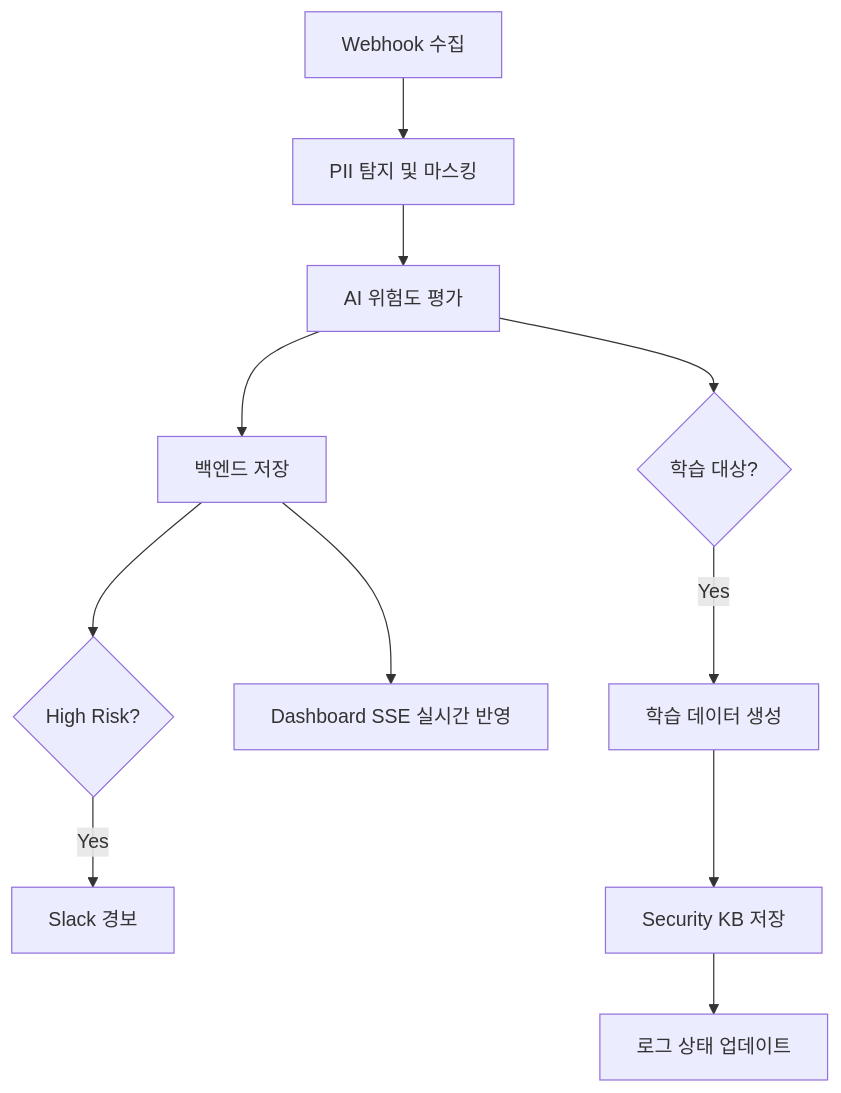
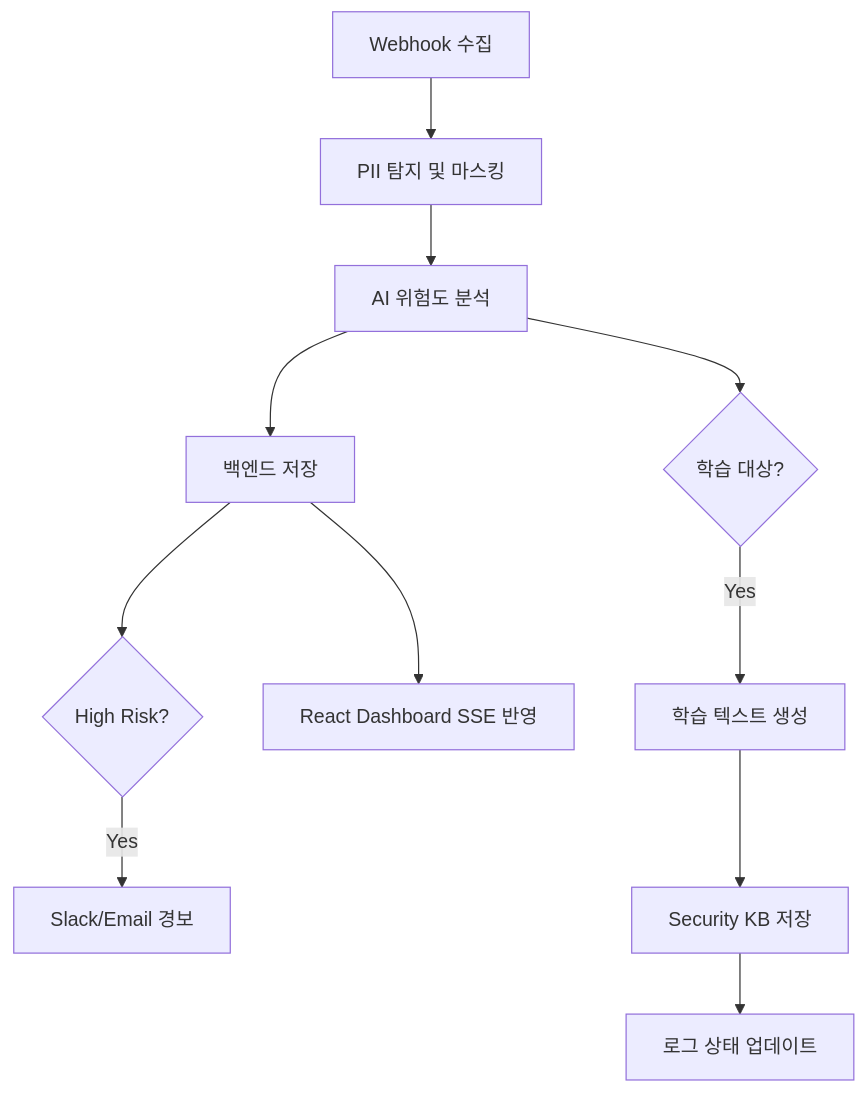
The first of 2 diagrams in README.md (jihun-moon/im-bank-n8n-agent), drawn with Mermaid before and after one commit. The commit also changed other lines of this file, not shown here.

`````diff
--- a/README.md
+++ b/README.md
@@ -100,13 +101,13 @@
 ```mermaid
 flowchart TD
     A[Webhook 수집] --> B[PII 탐지 및 마스킹]
-    B --> C[AI 위험도 평가]
+    B --> C[AI 위험도 분석]
     C --> D[백엔드 저장]
     D --> E{High Risk?}
-    E -->|Yes| F[Slack 경보]
+    E -->|Yes| F[Slack/Email 경보]
     C --> G{학습 대상?}
-    G -->|Yes| H[학습 데이터 생성]
+    G -->|Yes| H[학습 텍스트 생성]
     H --> I[Security KB 저장]
     I --> J[로그 상태 업데이트]
-    D --> K[Dashboard SSE 실시간 반영]
-```
+    D --> K[React Dashboard SSE 반영]
+````
`````
